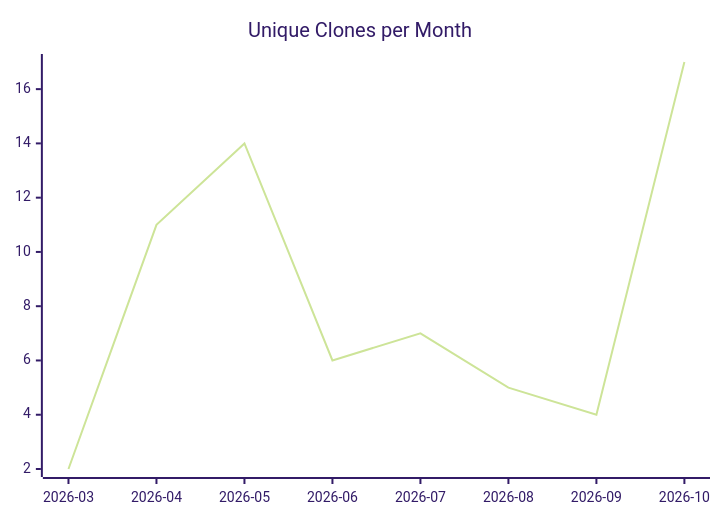
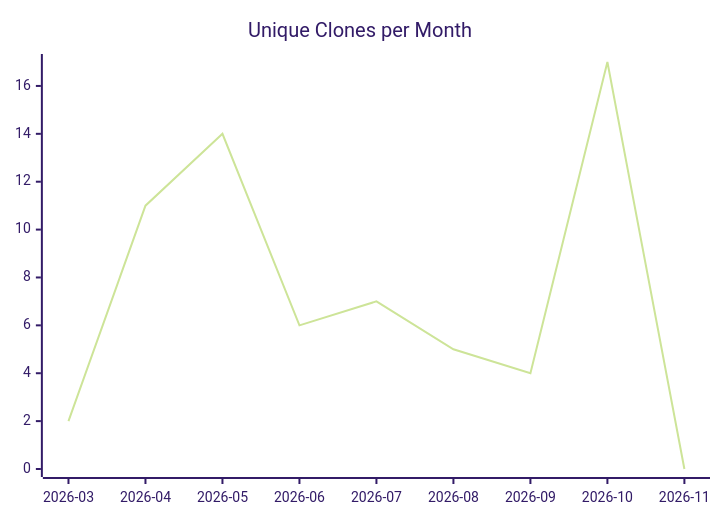
The third of 3 diagrams in karlmdavis/m2e-core/README.md (justdavis-family/github-analytics-data), drawn with Mermaid (forest theme) before and after one commit. The commit also changed other lines of this file and 201 other files, not shown here.

````diff
--- a/karlmdavis/m2e-core/README.md
+++ b/karlmdavis/m2e-core/README.md
@@ -19,6 +19,6 @@
 ```mermaid
 xychart-beta
   title "Unique Clones per Month"
-  x-axis ["2026-03", "2026-04", "2026-05", "2026-06", "2026-07", "2026-08", "2026-09", "2026-10"]
-  line [2, 11, 14, 6, 7, 5, 4, 17]
+  x-axis ["2026-03", "2026-04", "2026-05", "2026-06", "2026-07", "2026-08", "2026-09", "2026-10", "2026-11"]
+  line [2, 11, 14, 6, 7, 5, 4, 17, 0]
 ```
````
